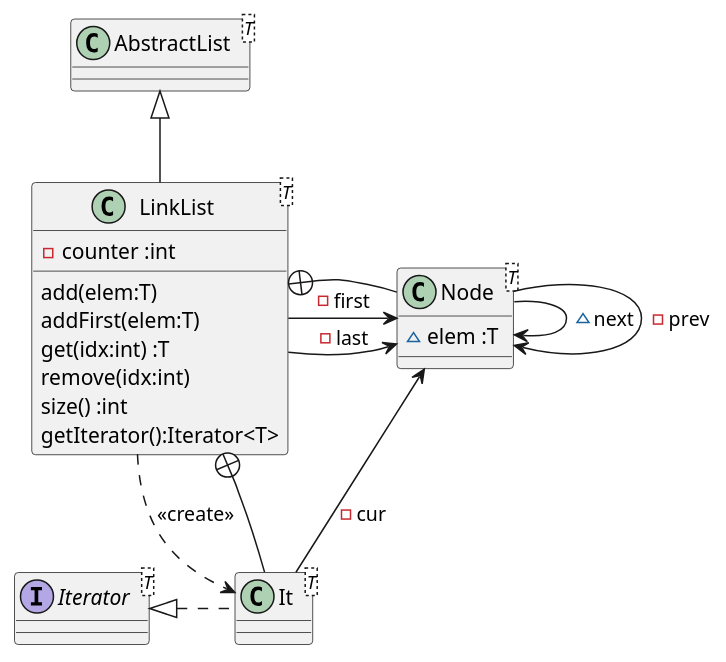
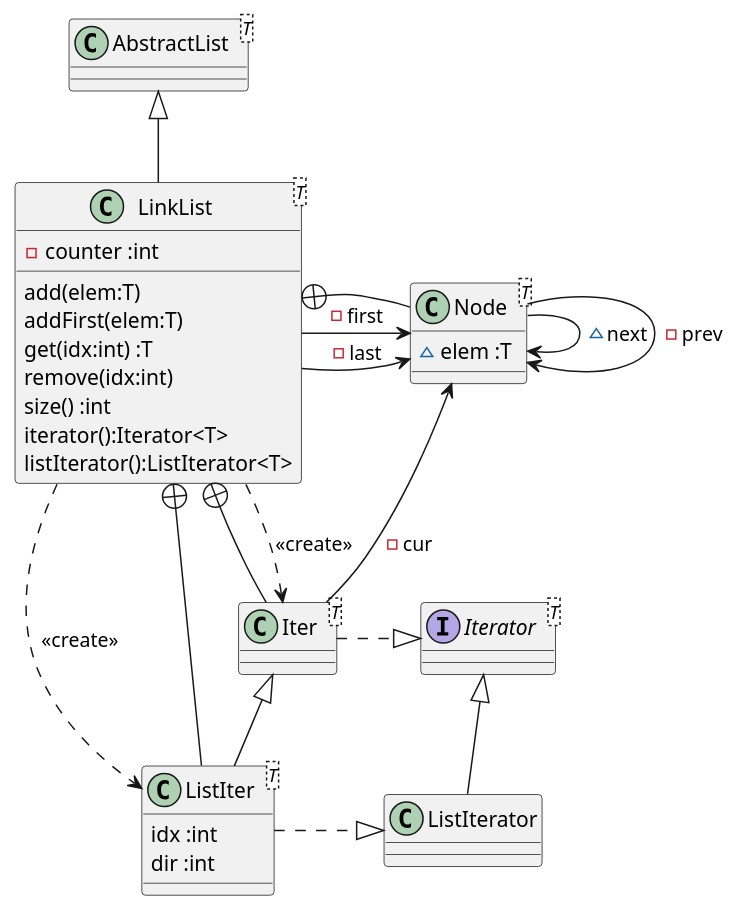
The diagram in List/src/isel/poo/list/LinkList.puml (isel-leic-poo/20-21-1-LI21N), drawn with PlantUML before and after one commit. The commit also changed 3 other files, not shown here.

```diff
--- a/List/src/isel/poo/list/LinkList.puml
+++ b/List/src/isel/poo/list/LinkList.puml
@@ -1,44 +1,55 @@
 @startuml
 
 class AbstractList<T>
 
 class LinkList<T> {
   '-first :Node
   -counter :int
   add(elem:T)
   addFirst(elem:T)
   get(idx:int) :T
   remove(idx:int)
   size() :int
-  getIterator():Iterator<T>
+  iterator():Iterator<T>
+  listIterator():ListIterator<T>
 }
-LinkList ..> It : <<create>>
+LinkList ..> Iter : <<create>>
+LinkList ..> ListIter : <<create>>
 AbstractList <|-- LinkList
 
 interface Iterator<T> {
    '+hasNext():boolean
    '+next():T
 }
 
-class It<T> {
+class Iter<T> {
    '+hasNext():boolean
    '+next():int
+}
+
+class ListIter<T> {
+    idx :int
+    dir :int
 }
 
 class Node<T> {
   ~elem :T
   '~next :Node
 }
 
-Node <- It : -cur
+Node <- Iter : -cur
 Node -> Node : ~next
 Node -> Node : -prev
 'LinkList ..> IntIterator
 LinkList +- Node : "  "
 LinkList -> Node : -first
 LinkList -> Node : -last
-LinkList +-- It
+LinkList +-- Iter : "   "
+LinkList +-- ListIter
 
-Iterator <|. It : "      "
+Iter .|> Iterator : "      "
+Iterator <|-- ListIterator
+ListIter .|> ListIterator : "      "
+Iter <|-- ListIter
 
 @enduml
```
